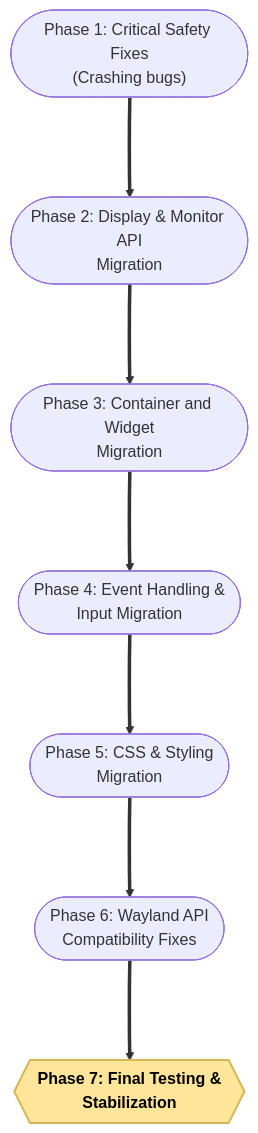
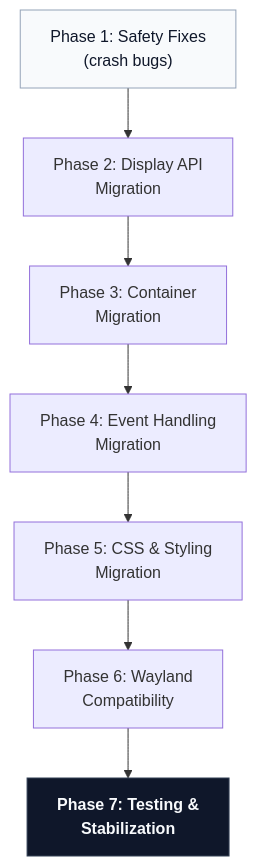
The sixth of 11 diagrams in proposal.md (Dev10-sys/sugar-proposal-gtk), drawn with Mermaid before and after one commit. The commit also changed other lines of this file, not shown here.

Commit message:
Refine diagram styles and formatting in proposal.md

````diff
--- a/proposal.md
+++ b/proposal.md
@@ -379,19 +383,20 @@
 ```mermaid
 flowchart TD
-    Phase1(["Phase 1: Critical Safety Fixes\n(Crashing bugs)"])
-    Phase2(["Phase 2: Display & Monitor API\nMigration"])
-    Phase3(["Phase 3: Container and Widget\nMigration"])
-    Phase4(["Phase 4: Event Handling &\nInput Migration"])
-    Phase5(["Phase 5: CSS & Styling\nMigration"])
-    Phase6(["Phase 6: Wayland API\nCompatibility Fixes"])
-    Phase7{{"Phase 7: Final Testing &\nStabilization"}}
+    Phase1["Phase 1: Safety Fixes\n(crash bugs)"]
+    Phase2["Phase 2: Display API\nMigration"]
+    Phase3["Phase 3: Container\nMigration"]
+    Phase4["Phase 4: Event Handling\nMigration"]
+    Phase5["Phase 5: CSS & Styling\nMigration"]
+    Phase6["Phase 6: Wayland\nCompatibility"]
+    Phase7["Phase 7: Testing &\nStabilization"]
 
-    Phase1 ===> Phase2
-    Phase2 ===> Phase3
-    Phase3 ===> Phase4
-    Phase4 ===> Phase5
-    Phase5 ===> Phase6
-    Phase6 ===> Phase7
+    Phase1 --> Phase2
+    Phase2 --> Phase3
+    Phase3 --> Phase4
+    Phase4 --> Phase5
+    Phase5 --> Phase6
+    Phase6 --> Phase7
 
-    style Phase7 fill:#ffe599,stroke:#d6b656,stroke-width:2px,color:#000000,font-weight:bold
+    style Phase1 fill:#f8fafc,stroke:#94a3b8,color:#0f172a
+    style Phase7 fill:#0f172a,stroke:#334155,color:#f8fafc,font-weight:bold
 ```
````
